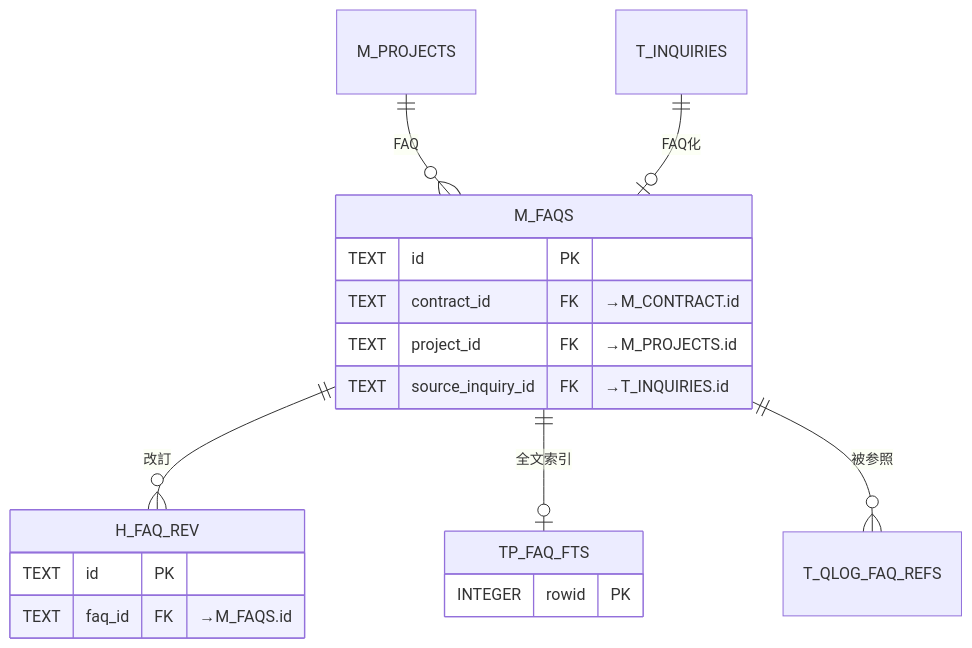
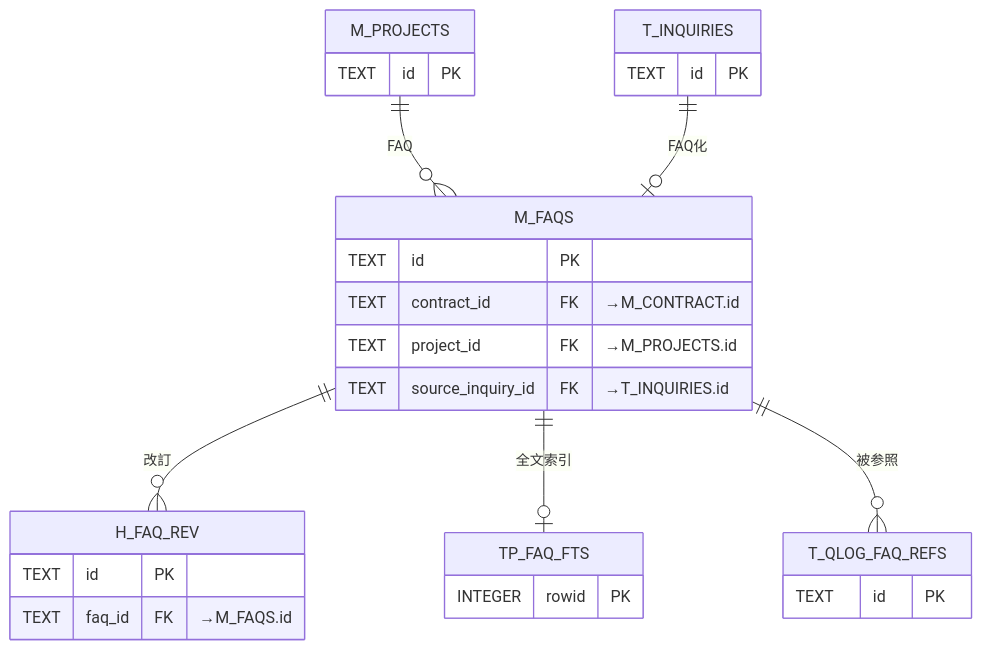
The sixth of 12 diagrams in 02_basic-design/03_database-design.md (sikakou54/open-faq), drawn with Mermaid before and after one commit. The commit also changed other lines of this file, not shown here.

First line of the commit message:
DB設計: ER図でキー未表示だったエンティティにPKブロックを追加((6)(7)(8)(10))

````diff
--- a/02_basic-design/03_database-design.md
+++ b/02_basic-design/03_database-design.md
@@ -193,15 +193,18 @@
 ```mermaid
 erDiagram
   M_FAQS { TEXT id PK
     TEXT contract_id FK "→M_CONTRACT.id"
     TEXT project_id FK "→M_PROJECTS.id"
     TEXT source_inquiry_id FK "→T_INQUIRIES.id" }
   H_FAQ_REV { TEXT id PK
     TEXT faq_id FK "→M_FAQS.id" }
   TP_FAQ_FTS { INTEGER rowid PK }
+  M_PROJECTS { TEXT id PK }
+  T_INQUIRIES { TEXT id PK }
+  T_QLOG_FAQ_REFS { TEXT id PK }
   M_PROJECTS ||--o{ M_FAQS : "FAQ"
   T_INQUIRIES ||--o| M_FAQS : "FAQ化"
   M_FAQS ||--o{ H_FAQ_REV : "改訂"
   M_FAQS ||--o| TP_FAQ_FTS : "全文索引"
   M_FAQS ||--o{ T_QLOG_FAQ_REFS : "被参照"
 ```
````
